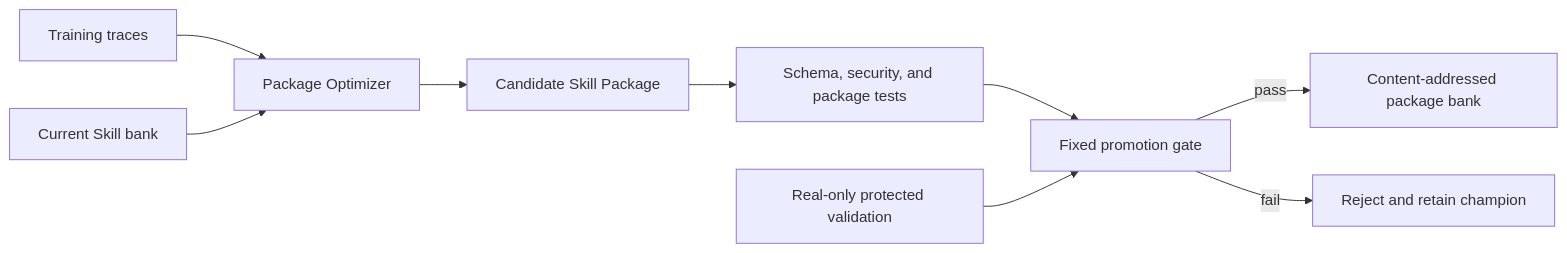
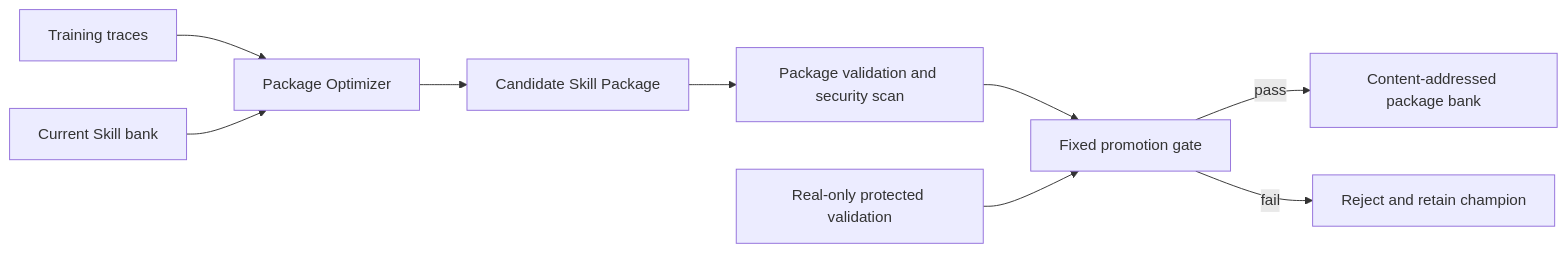
Before and after one commit to FengyuanYin/EvoFactSkill: the second of 2 diagrams in README.md, drawn with Mermaid. The commit also changed other lines of this file and 1 other file, not shown here.

````diff
--- a/README.md
+++ b/README.md
@@ -53,11 +52,11 @@
 ```mermaid
 flowchart LR
     A[Training traces] --> C[Package Optimizer]
     B[Current Skill bank] --> C
     C --> D[Candidate Skill Package]
-    D --> E[Schema, security, and package tests]
+    D --> E[Package validation and security scan]
     E --> F[Fixed promotion gate]
     G[Real-only protected validation] --> F
     F -->|pass| H[Content-addressed package bank]
     F -->|fail| I[Reject and retain champion]
 ```
````
